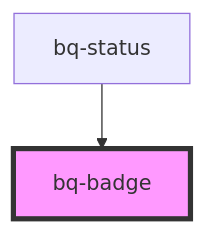
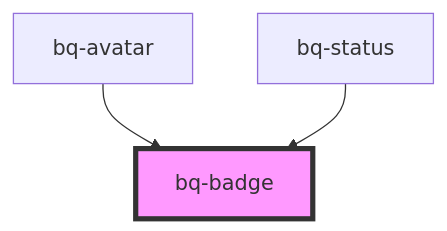
The diagram in packages/bee-q/src/components/badge/readme.md (Endava/BEEQ), drawn with Mermaid before and after one commit. The commit also changed other lines of this file and 6 other files, not shown here.

Commit message:
feat(avatar): add badge as notification

````diff
--- a/packages/bee-q/src/components/badge/readme.md
+++ b/packages/bee-q/src/components/badge/readme.md
@@ -32,5 +33,6 @@
 ```mermaid
 graph TD;
+  bq-avatar --> bq-badge
   bq-status --> bq-badge
   style bq-badge fill:#f9f,stroke:#333,stroke-width:4px
 ```
````
